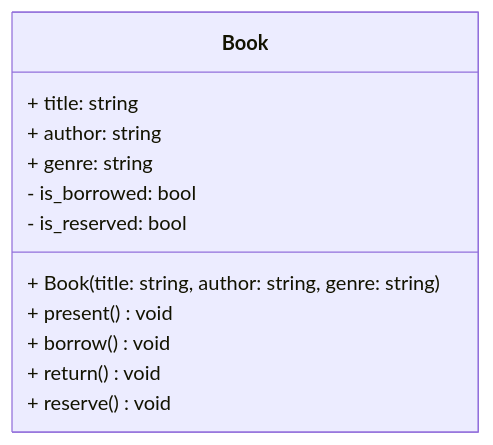
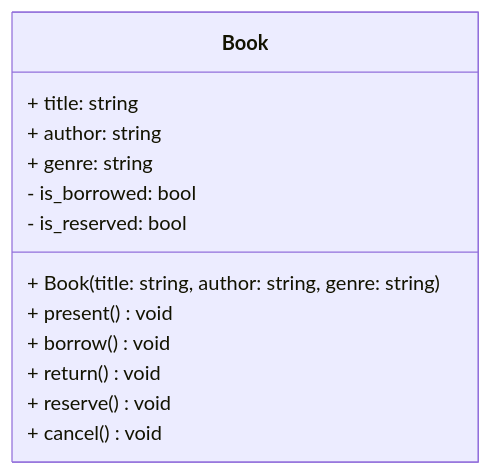
Before and after one commit to aldevgen/aldevgen.github.io: the first of 2 diagrams in _formations/oop/introduction.md, drawn with Mermaid. The commit also changed other lines of this file and 7 other files, not shown here.

````diff
--- a/_formations/oop/introduction.md
+++ b/_formations/oop/introduction.md
@@ -29,16 +29,17 @@
 ```mermaid
 %%{init: {"class": {"useMaxWidth": "false"}}%%
 classDiagram
     class Book {
         + title: string
         + author: string
         + genre: string
         - is_borrowed: bool
         - is_reserved: bool
         + Book(title: string, author: string, genre: string)
         + present() void
         + borrow() void
         + return() void
         + reserve() void
+        + cancel() void
     }
 ```
````
